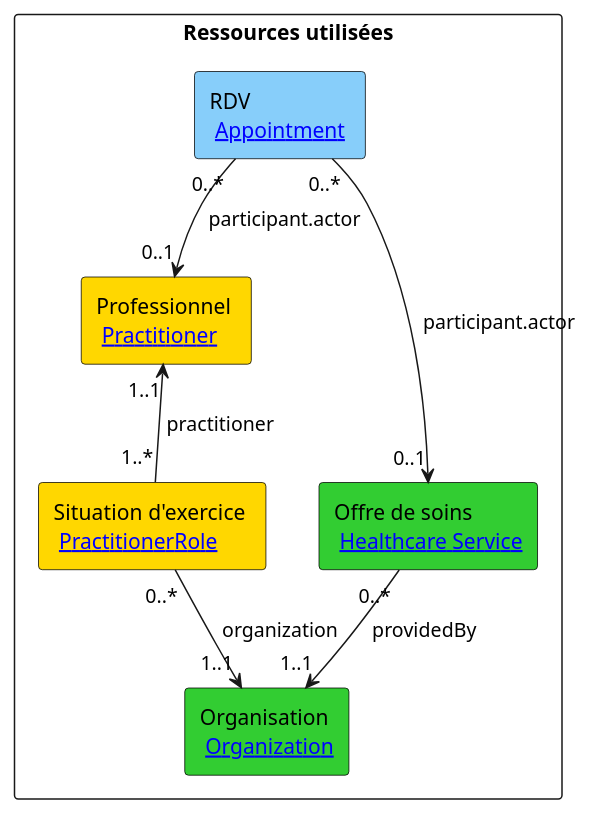
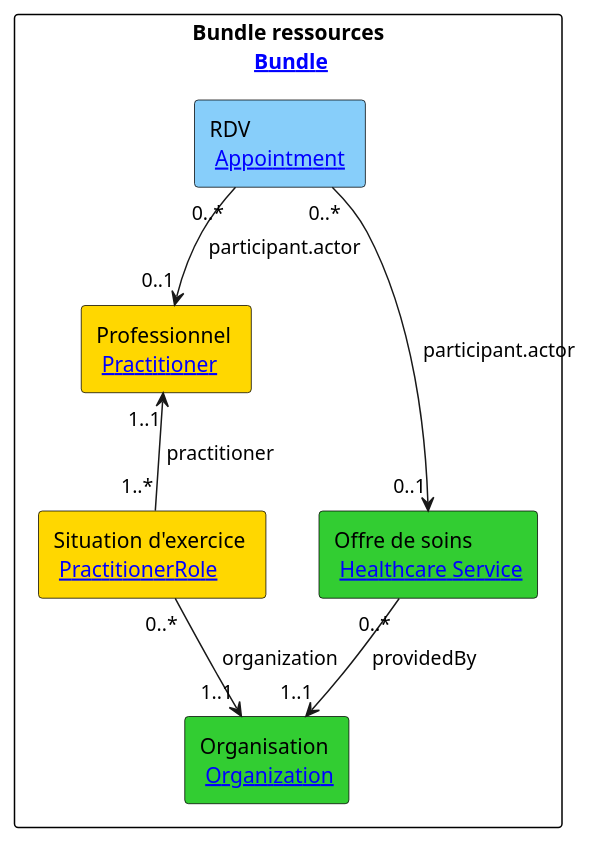
One commit to ansforge/IG-fhir-service-acces-aux-soins changed the diagram in input/images-source/ressources-exploitees-lrm.plantuml. Above: the diagram before and after it, drawn with PlantUML. The commit also changed 1 other file, not shown here.

```diff
--- a/input/images-source/ressources-exploitees-lrm.plantuml
+++ b/input/images-source/ressources-exploitees-lrm.plantuml
@@ -1,26 +1,28 @@
 @startuml
 
 
 'Declaration des éléments
-rectangle "Ressources utilisées" {
 
+    rectangle "Bundle ressources\n [[StructureDefinition-sas-bundle-appointment-lrm.html Bundle]]" #line:Black;text:Black{
+  
     rectangle "RDV\n [[StructureDefinition-sas-appointment-lrm.html Appointment]] " as Ap#LightSkyBlue;line:Black;text:Black
 
     rectangle "Professionnel \n [[StructureDefinition-sas-practitioner-aggregator.html Practitioner]]" as PS #Gold;line:Black;text:Black
 
     rectangle "Situation d'exercice \n [[StructureDefinition-sas-practitioner-role-lrm.html PractitionerRole]]" as PR #Gold;line:Black;text:Black
 
     rectangle "Offre de soins \n [[StructureDefinition-sas-healthcareservice-lrm.html Healthcare Service]]" as HS #LimeGreen;line:Black;text:Black
 
     rectangle "Organisation \n [[StructureDefinition-sas-organization-lrm.html Organization]]" as Orga #LimeGreen;line:Black;text:Black
+    }
 
-}
-
+    
 'Liens entre éléments    
 Ap"0..*"--->"0..1" HS: " participant.actor" 
 Ap"0..*"-->"0..1" PS :" participant.actor"
 PS"1..1"<--"1..*" PR : " practitioner"
 PR"0..*"-->"1..1" Orga : " organization"
 HS "0..*"-->"1..1" Orga : " providedBy"
+    
 
 @enduml
```
